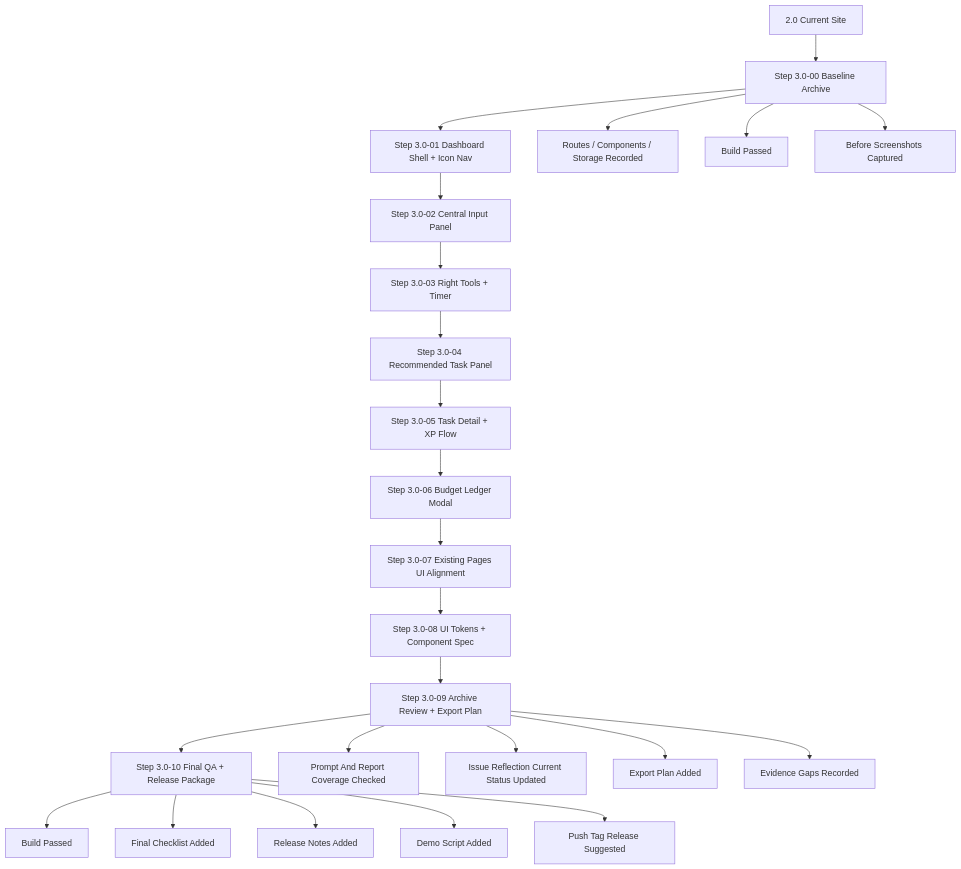
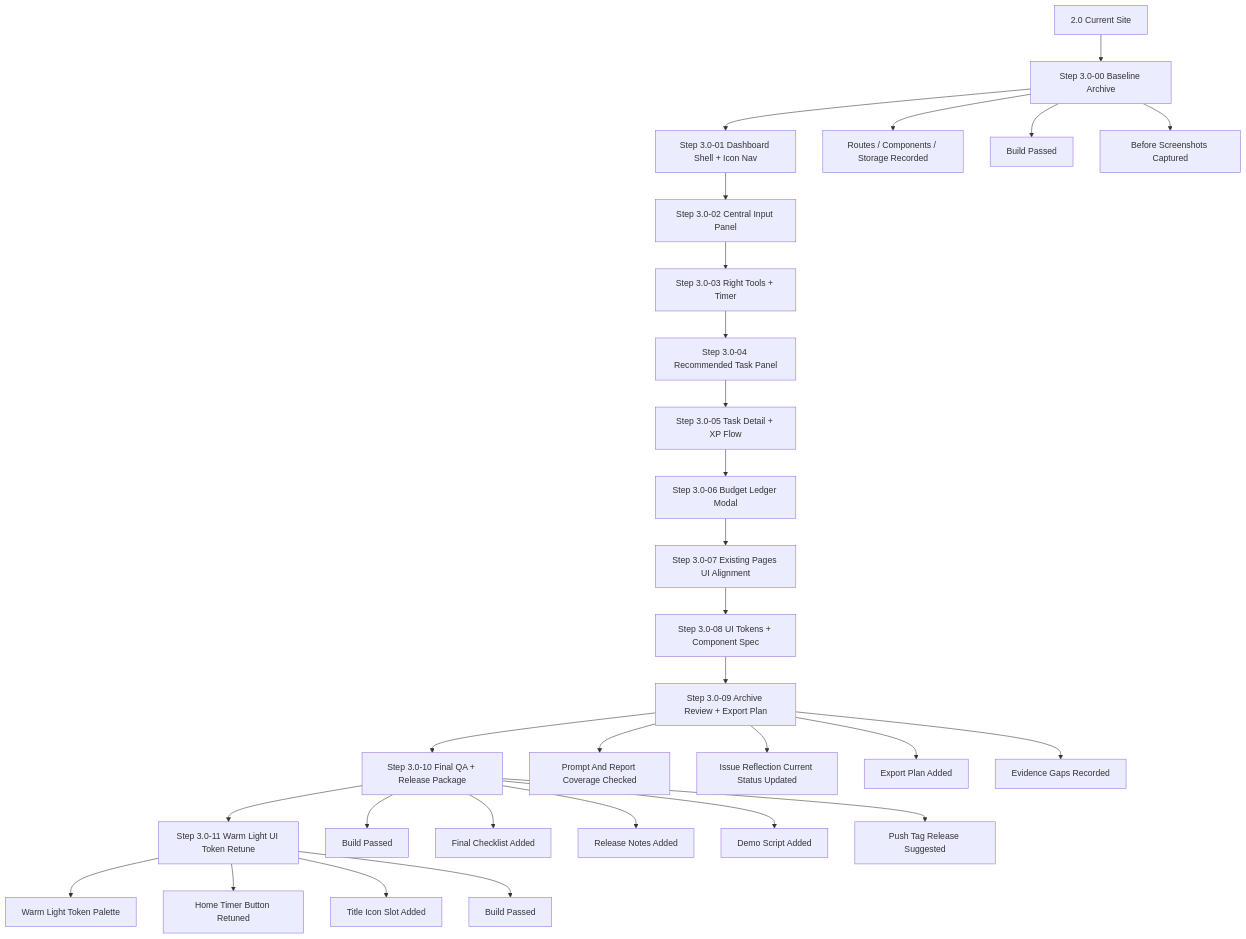
Before and after one commit to nouri247351793-dotcom/cooking-ai-planner: the diagram in 2_coding_documentation/09_v3_upgrade/04_flowcharts_v3/macro_flow_v3.mmd, drawn with Mermaid. The commit also changed 137 other files, not shown here.

First line of the commit message:
[v4.6] optimize UI, task flow and interactions

```diff
--- a/2_coding_documentation/09_v3_upgrade/04_flowcharts_v3/macro_flow_v3.mmd
+++ b/2_coding_documentation/09_v3_upgrade/04_flowcharts_v3/macro_flow_v3.mmd
@@ -1,25 +1,30 @@
 flowchart TD
   A[2.0 Current Site] --> B[Step 3.0-00 Baseline Archive]
   B --> C[Step 3.0-01 Dashboard Shell + Icon Nav]
   C --> D[Step 3.0-02 Central Input Panel]
   D --> E[Step 3.0-03 Right Tools + Timer]
   E --> F[Step 3.0-04 Recommended Task Panel]
   F --> G[Step 3.0-05 Task Detail + XP Flow]
   G --> H[Step 3.0-06 Budget Ledger Modal]
   H --> I[Step 3.0-07 Existing Pages UI Alignment]
   I --> J[Step 3.0-08 UI Tokens + Component Spec]
   J --> K[Step 3.0-09 Archive Review + Export Plan]
   K --> L[Step 3.0-10 Final QA + Release Package]
+  L --> M[Step 3.0-11 Warm Light UI Token Retune]
 
   B --> B1[Routes / Components / Storage Recorded]
   B --> B2[Build Passed]
   B --> B3[Before Screenshots Captured]
   K --> K1[Prompt And Report Coverage Checked]
   K --> K2[Issue Reflection Current Status Updated]
   K --> K3[Export Plan Added]
   K --> K4[Evidence Gaps Recorded]
   L --> L1[Build Passed]
   L --> L2[Final Checklist Added]
   L --> L3[Release Notes Added]
   L --> L4[Demo Script Added]
   L --> L5[Push Tag Release Suggested]
+  M --> M1[Warm Light Token Palette]
+  M --> M2[Home Timer Button Retuned]
+  M --> M3[Title Icon Slot Added]
+  M --> M4[Build Passed]
```
